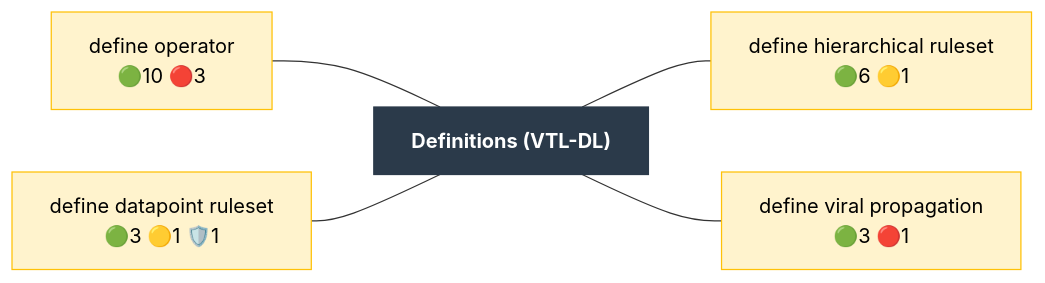
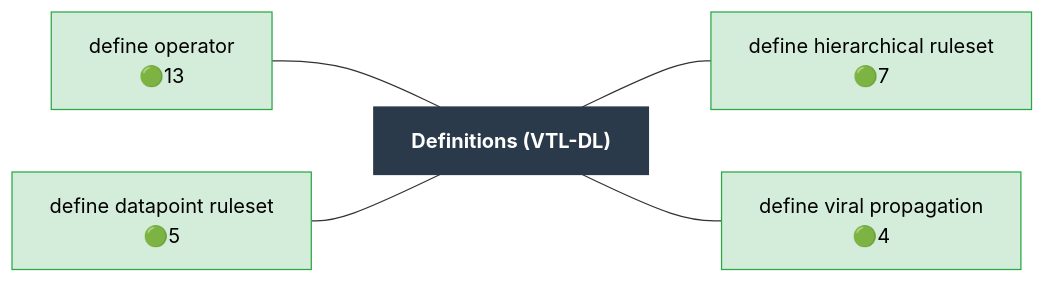
The diagram in docs/operator_map/definitions/index.rst (Meaningful-Data/vtlengine), drawn with Mermaid before and after one commit. The commit also changed other lines of this file and 100 other files, not shown here.

```diff
--- a/docs/operator_map/definitions/index.rst
+++ b/docs/operator_map/definitions/index.rst
@@ -24,24 +24,24 @@
 .. mermaid::
    :config: {"flowchart": {"useMaxWidth": false}}
 
    flowchart LR
        classDef ok fill:#d4edda,stroke:#28a745,color:#000
        classDef partial fill:#fff3cd,stroke:#ffc107,color:#000
        classDef refused fill:#d4edda,stroke:#28a745,stroke-width:3px,stroke-dasharray: 2 2,color:#000
        classDef missing fill:#f8d7da,stroke:#dc3545,color:#000
        classDef diverge fill:#cce5ff,stroke:#007bff,color:#000
        classDef block fill:#2b3a4a,stroke:#2b3a4a,color:#fff,font-weight:bold
        classDef ext fill:#fff,stroke:#666,color:#000,stroke-dasharray: 5 5
        B["Definitions (VTL-DL)"]:::block
-       definitions__define_operator["define operator<br/>🟢10 🔴3"]:::partial
-       definitions__define_datapoint_ruleset["define datapoint ruleset<br/>🟢3 🟡1 🛡️1"]:::partial
-       definitions__define_hierarchical_ruleset["define hierarchical ruleset<br/>🟢6 🟡1"]:::partial
-       definitions__define_viral_propagation["define viral propagation<br/>🟢3 🔴1"]:::partial
+       definitions__define_operator["define operator<br/>🟢13"]:::ok
+       definitions__define_datapoint_ruleset["define datapoint ruleset<br/>🟢5"]:::ok
+       definitions__define_hierarchical_ruleset["define hierarchical ruleset<br/>🟢7"]:::ok
+       definitions__define_viral_propagation["define viral propagation<br/>🟢4"]:::ok
        definitions__define_operator --- B
        definitions__define_datapoint_ruleset --- B
        B --- definitions__define_hierarchical_ruleset
        B --- definitions__define_viral_propagation
        click definitions__define_operator href "define_operator.html"
        click definitions__define_datapoint_ruleset href "define_datapoint_ruleset.html"
        click definitions__define_hierarchical_ruleset href "define_hierarchical_ruleset.html"
        click definitions__define_viral_propagation href "define_viral_propagation.html"
```
